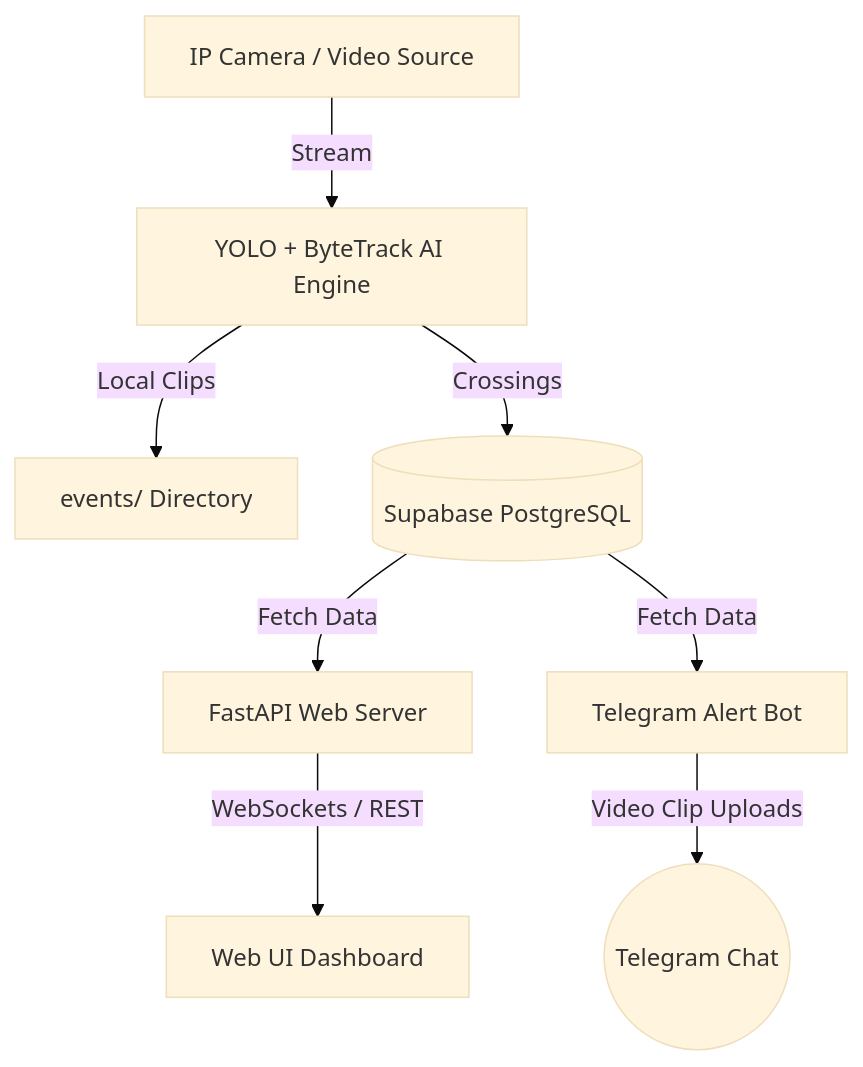
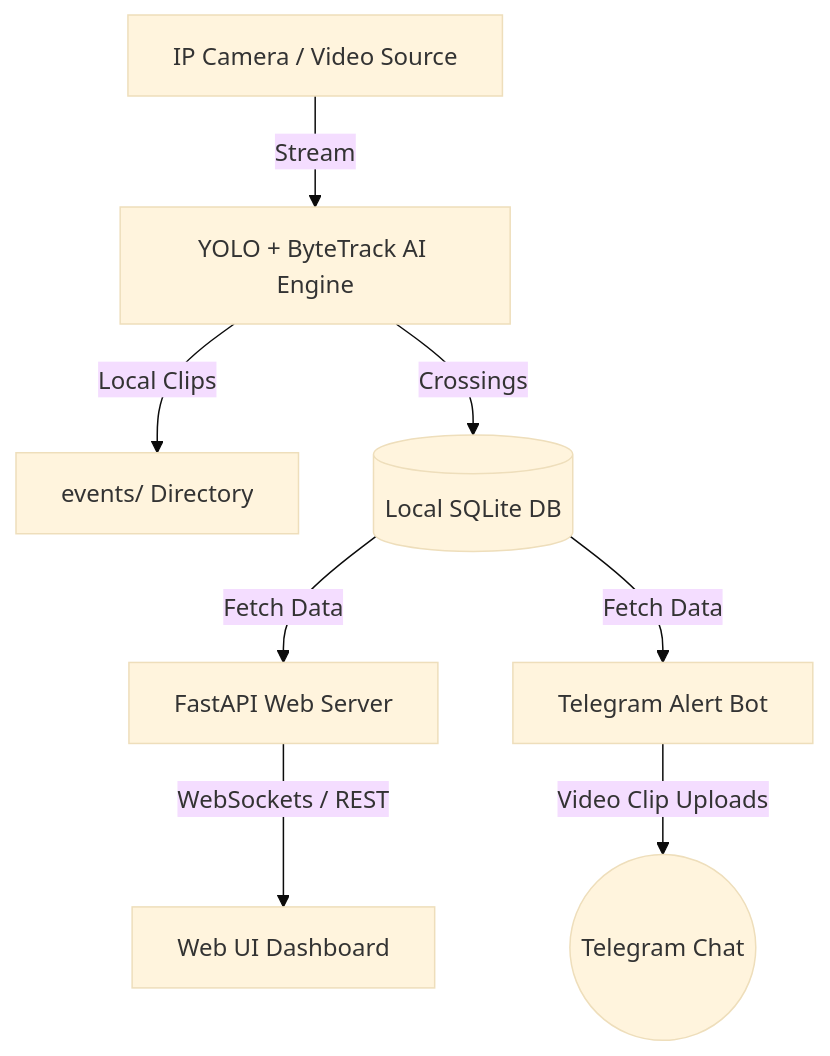
One commit to molikaleak/Car_AI changed the diagram in README.md. Above: the diagram before and after it, drawn with Mermaid (base theme). The commit also changed other lines of this file and 1 other file, not shown here.

````diff
--- a/README.md
+++ b/README.md
@@ -9,12 +9,12 @@
 ```mermaid
 graph TD
     Camera[IP Camera / Video Source] -->|Stream| Tracker[YOLO + ByteTrack AI Engine]
     Tracker -->|Local Clips| EventsFolder[events/ Directory]
-    Tracker -->|Crossings| PostgreSQL[(Supabase PostgreSQL)]
+    Tracker -->|Crossings| SQLite[(Local SQLite DB)]
     
-    PostgreSQL -->|Fetch Data| API[FastAPI Web Server]
+    SQLite -->|Fetch Data| API[FastAPI Web Server]
     API -->|WebSockets / REST| Dashboard[Web UI Dashboard]
     
-    PostgreSQL -->|Fetch Data| Bot[Telegram Alert Bot]
+    SQLite -->|Fetch Data| Bot[Telegram Alert Bot]
     Bot -->|Video Clip Uploads| TelegramUser((Telegram Chat))
 ```
````
